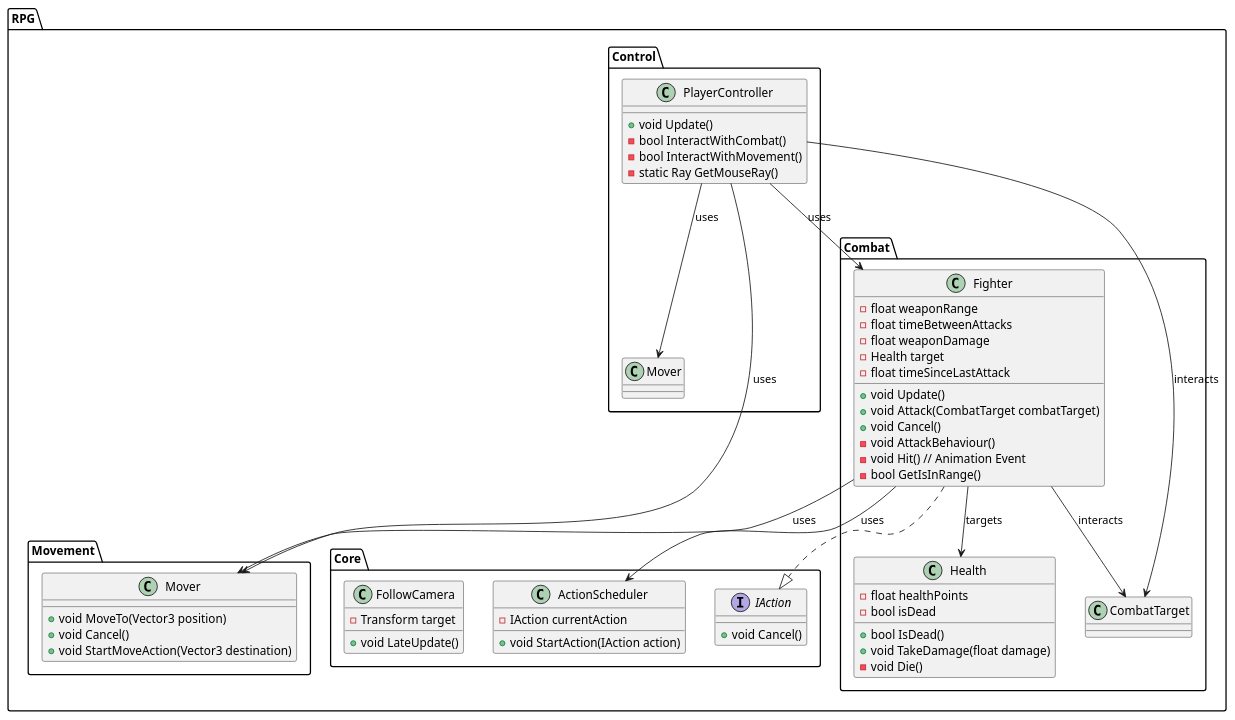
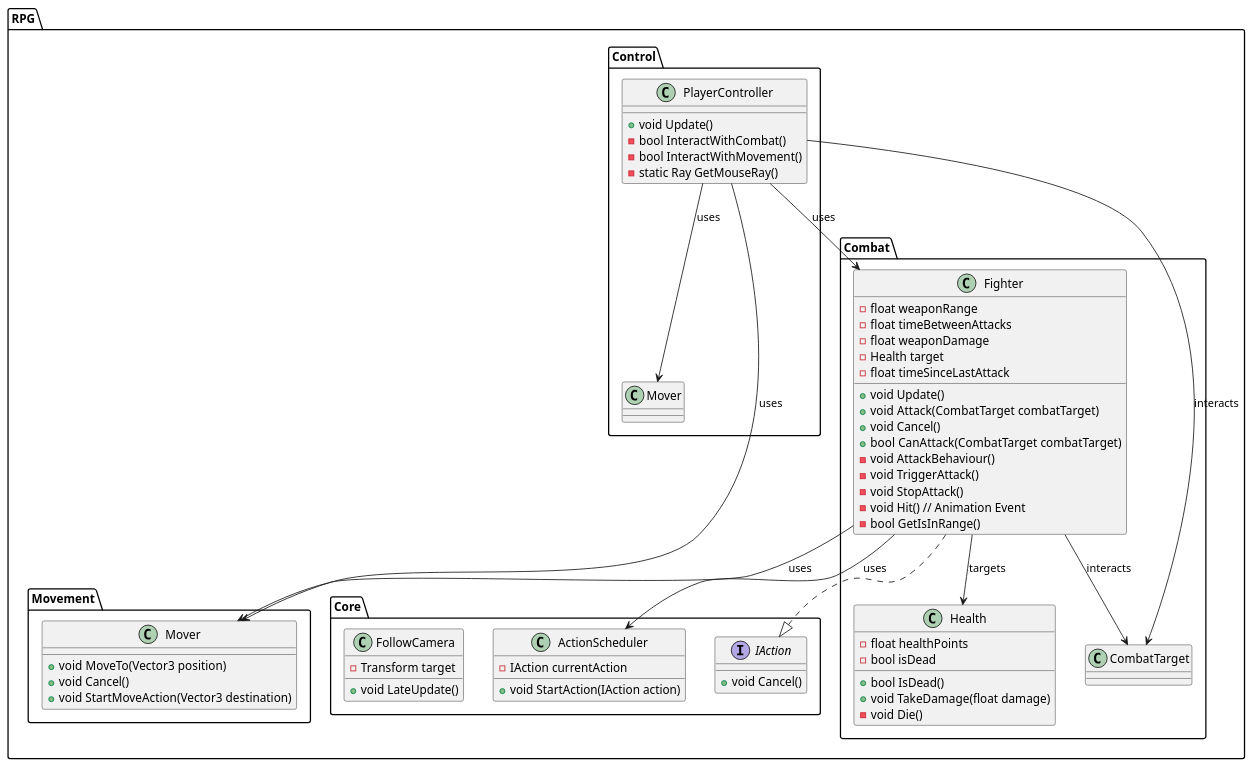
One commit to Velcronator/RPG25 changed the diagram in Assets/Scripts/rpg.puml. Above: the diagram before and after it, drawn with PlantUML. The commit also changed 6 other files, not shown here.

```diff
--- a/Assets/Scripts/rpg.puml
+++ b/Assets/Scripts/rpg.puml
@@ -1,69 +1,72 @@
 @startuml RPG
 namespace RPG.Combat {
     class Fighter {
         -float weaponRange
         -float timeBetweenAttacks
         -float weaponDamage
         -Health target
         -float timeSinceLastAttack
         +void Update()
         +void Attack(CombatTarget combatTarget)
         +void Cancel()
+        +bool CanAttack(CombatTarget combatTarget)
         -void AttackBehaviour()
+        -void TriggerAttack()
+        -void StopAttack()
         -void Hit() // Animation Event
         -bool GetIsInRange()
     }
 
     class Health {
         -float healthPoints
         -bool isDead
         +bool IsDead()
         +void TakeDamage(float damage)
         -void Die()
     }
 
     class CombatTarget {
     }
 
     Fighter --> Health : targets
     Fighter --> CombatTarget : interacts
 }
 
-  namespace RPG.Control {
-      class PlayerController {
-          +void Update()
-          -bool InteractWithCombat()
-          -bool InteractWithMovement()
-          -static Ray GetMouseRay()
-      }
-      PlayerController --> Fighter : uses
-      PlayerController --> Mover : uses
-      PlayerController --> CombatTarget : interacts
-  }
+namespace RPG.Control {
+    class PlayerController {
+        +void Update()
+        -bool InteractWithCombat()
+        -bool InteractWithMovement()
+        -static Ray GetMouseRay()
+    }
+    PlayerController --> Fighter : uses
+    PlayerController --> Mover : uses
+    PlayerController --> CombatTarget : interacts
+}
 
-  namespace RPG.Core {
-      interface IAction {
-          +void Cancel()
-      }
-      class ActionScheduler {
-          -IAction currentAction
-          +void StartAction(IAction action)
-      }
-      class FollowCamera {
-          -Transform target
-          +void LateUpdate()
-      }
-      Fighter ..|> IAction
-      Fighter --> ActionScheduler : uses
-  }
+namespace RPG.Core {
+    interface IAction {
+        +void Cancel()
+    }
+    class ActionScheduler {
+        -IAction currentAction
+        +void StartAction(IAction action)
+    }
+    class FollowCamera {
+        -Transform target
+        +void LateUpdate()
+    }
+    Fighter ..|> IAction
+    Fighter --> ActionScheduler : uses
+}
 
-  namespace RPG.Movement {
-      class Mover {
-          +void MoveTo(Vector3 position)
-          +void Cancel()
-          +void StartMoveAction(Vector3 destination)
-      }
-      Fighter --> Mover : uses
-      PlayerController --> Mover : uses
-  }
-  @enduml
+namespace RPG.Movement {
+    class Mover {
+        +void MoveTo(Vector3 position)
+        +void Cancel()
+        +void StartMoveAction(Vector3 destination)
+    }
+    Fighter --> Mover : uses
+    PlayerController --> Mover : uses
+}
+@enduml
```
